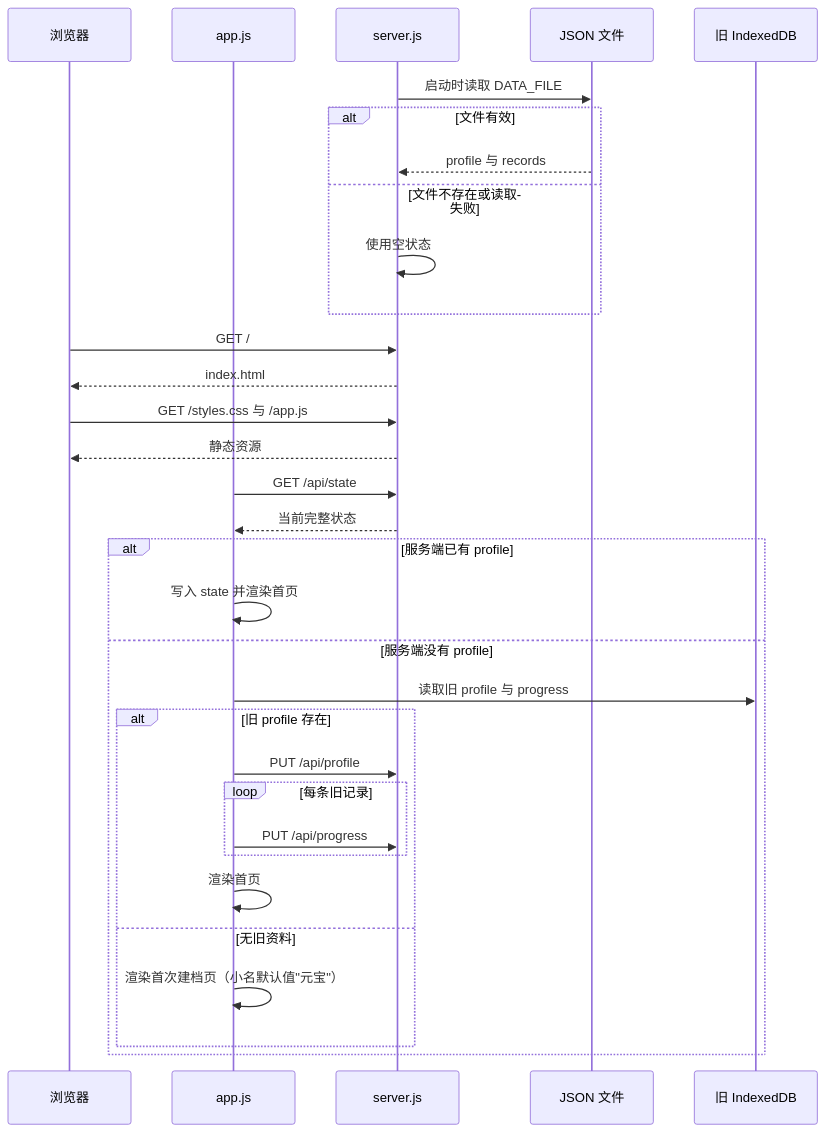
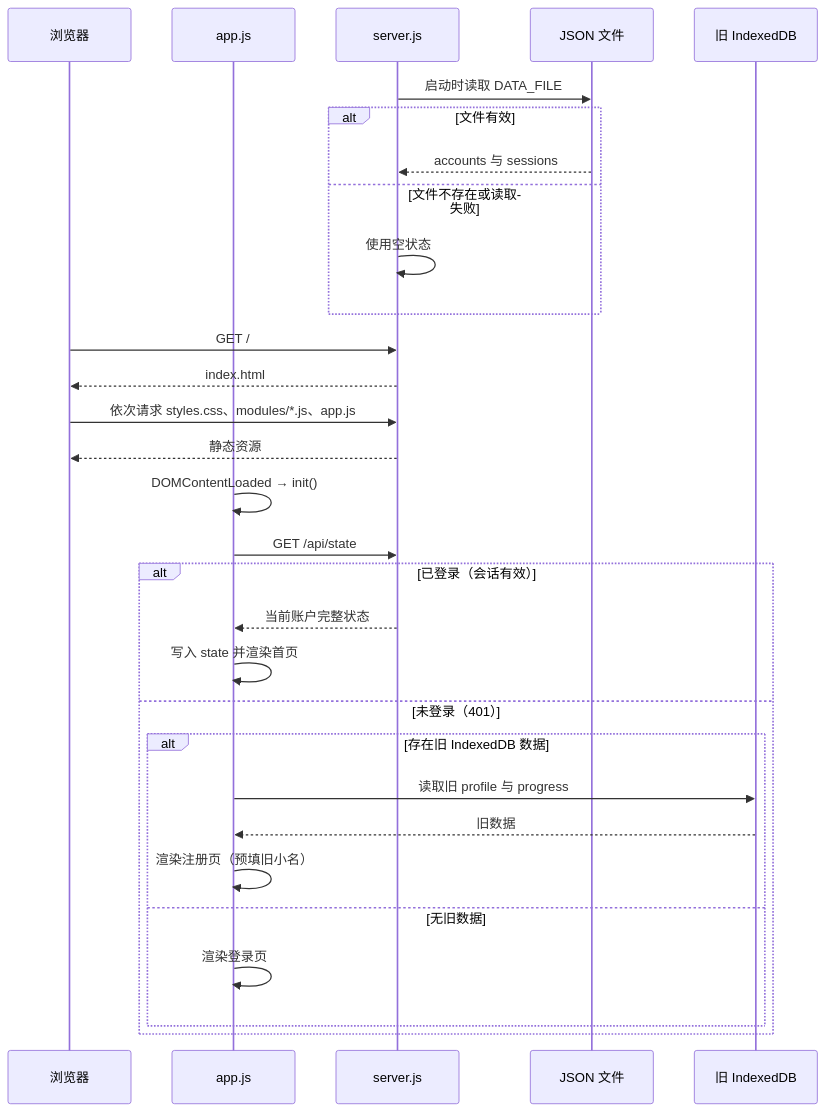
One commit to guccang/yuanbao changed the first of 7 diagrams in docs/codinghub/flows.md. Above: the diagram before and after it, drawn with Mermaid. The commit also changed other lines of this file and 3 other files, not shown here.

````diff
--- a/docs/codinghub/flows.md
+++ b/docs/codinghub/flows.md
@@ -9,35 +9,33 @@
 ```mermaid
 sequenceDiagram
     participant B as 浏览器
     participant A as app.js
     participant S as server.js
     participant F as JSON 文件
     participant I as 旧 IndexedDB
 
     S->>F: 启动时读取 DATA_FILE
     alt 文件有效
-        F-->>S: profile 与 records
+        F-->>S: accounts 与 sessions
     else 文件不存在或读取失败
         S->>S: 使用空状态
     end
     B->>S: GET /
     S-->>B: index.html
-    B->>S: GET /styles.css 与 /app.js
+    B->>S: 依次请求 styles.css、modules/*.js、app.js
     S-->>B: 静态资源
+    A->>A: DOMContentLoaded → init()
     A->>S: GET /api/state
-    S-->>A: 当前完整状态
-    alt 服务端已有 profile
+    alt 已登录（会话有效）
+        S-->>A: 当前账户完整状态
         A->>A: 写入 state 并渲染首页
-    else 服务端没有 profile
-        A->>I: 读取旧 profile 与 progress
-        alt 旧 profile 存在
-            A->>S: PUT /api/profile
-            loop 每条旧记录
-                A->>S: PUT /api/progress
-            end
-            A->>A: 渲染首页
-        else 无旧资料
-            A->>A: 渲染首次建档页（小名默认值"元宝"）
+    else 未登录（401）
+        alt 存在旧 IndexedDB 数据
+            A->>I: 读取旧 profile 与 progress
+            I-->>A: 旧数据
+            A->>A: 渲染注册页（预填旧小名）
+        else 无旧数据
+            A->>A: 渲染登录页
         end
     end
 ```
````
